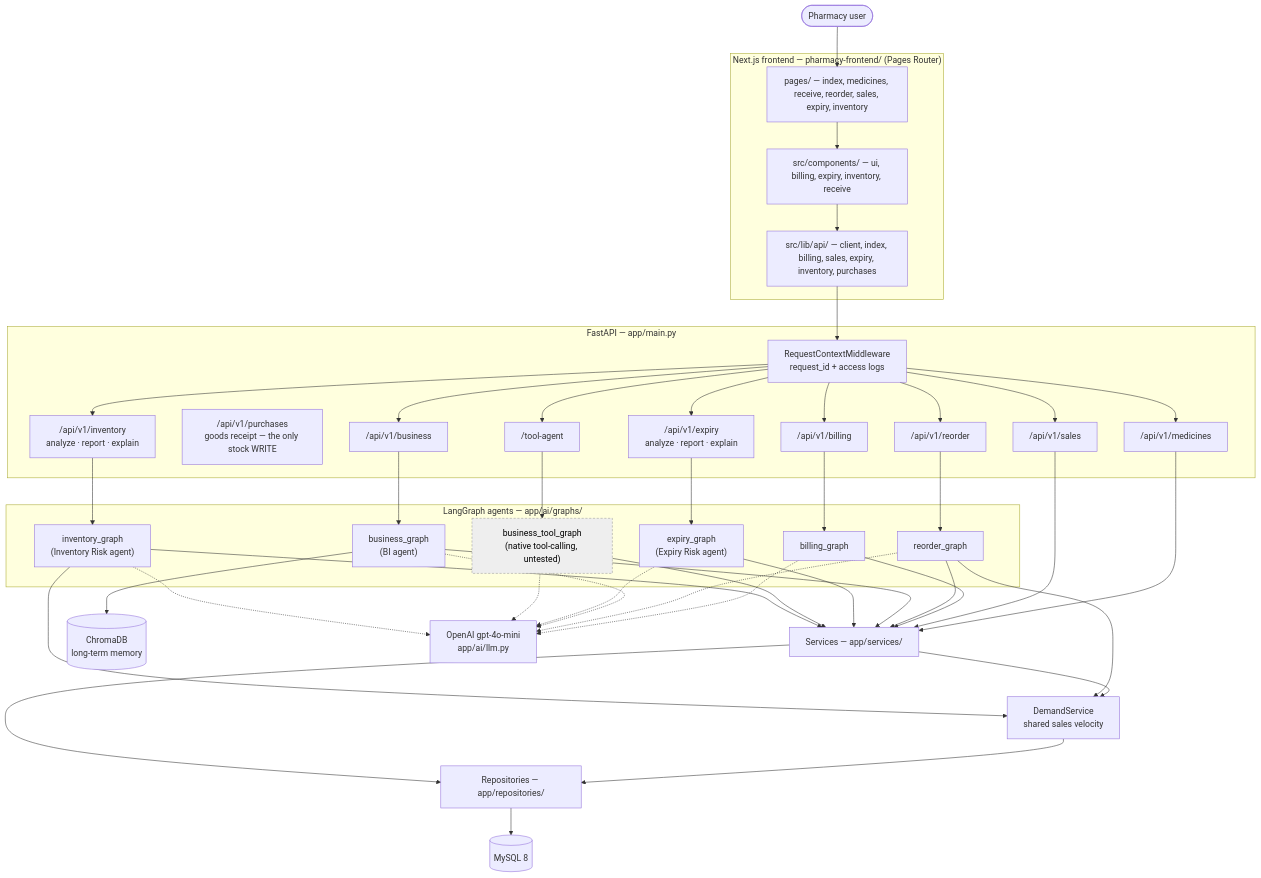
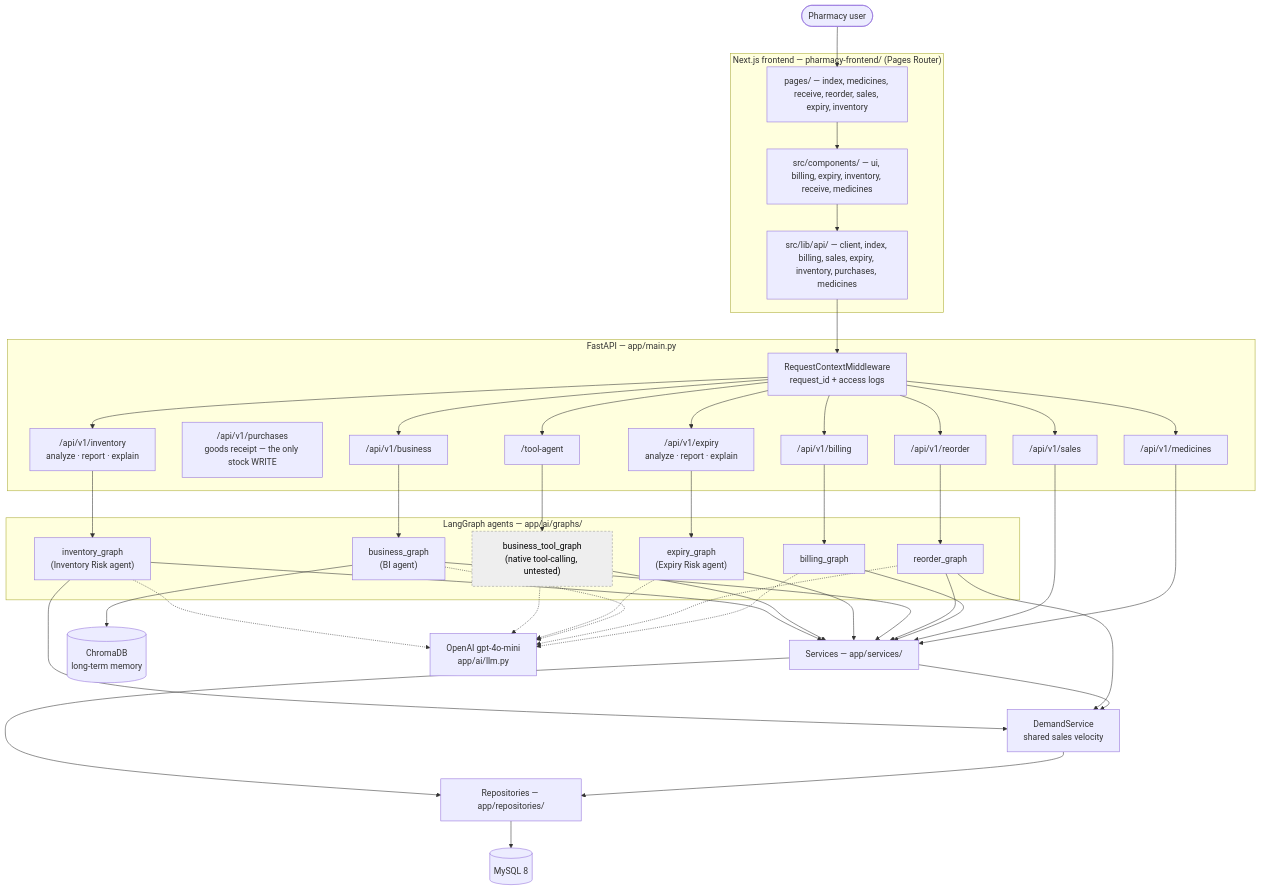
Before and after one commit to anurag-main/AI-Powered-Connected-Pharmacy-Ecosystem: the first of 2 diagrams in docs/architecture.md, drawn with Mermaid. The commit also changed other lines of this file and 10 other files, not shown here.

```diff
--- a/docs/architecture.md
+++ b/docs/architecture.md
@@ -19,8 +19,8 @@
 
     subgraph FE["Next.js frontend — pharmacy-frontend/ (Pages Router)"]
         PG["pages/ — index, medicines, receive, reorder, sales, expiry, inventory"]
-        CMP["src/components/ — ui, billing, expiry, inventory, receive"]
-        APIC["src/lib/api/ — client, index, billing, sales, expiry, inventory, purchases"]
+        CMP["src/components/ — ui, billing, expiry, inventory, receive, medicines"]
+        APIC["src/lib/api/ — client, index, billing, sales, expiry, inventory, purchases, medicines"]
     end
 
     subgraph API["FastAPI — app/main.py"]
```
